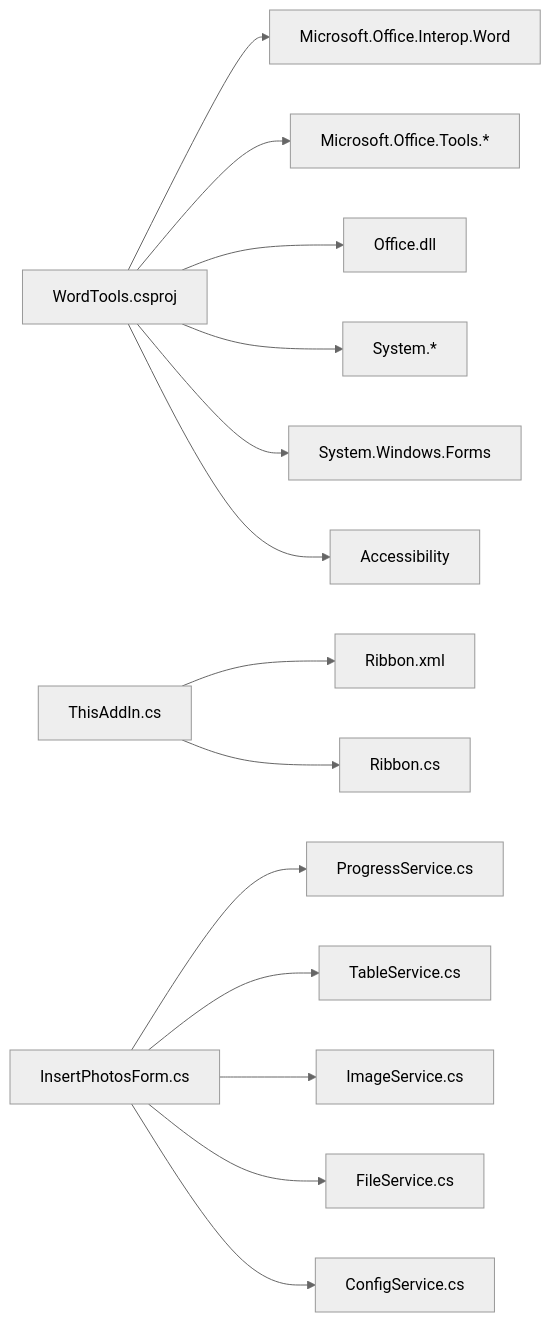
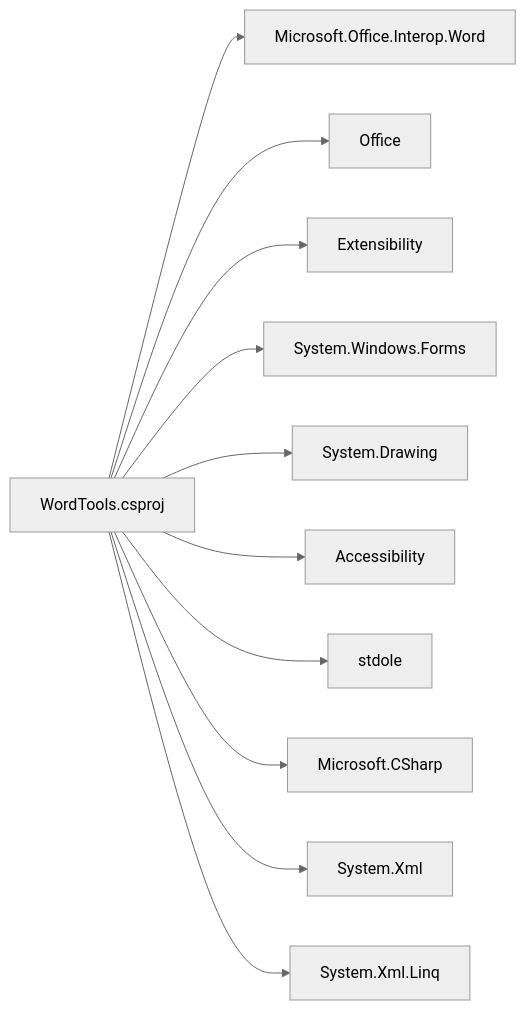
The fifth of 5 diagrams in .qoder/repowiki/zh/content/项目概述.md (rainiva/WordTools), drawn with Mermaid (neutral theme) before and after one commit. The commit also changed other lines of this file and 63 other files, not shown here.

First line of the commit message:
全面优化：代码质量修复、自动编号重构、插图性能优化

````diff
--- a/.qoder/repowiki/zh/content/项目概述.md
+++ b/.qoder/repowiki/zh/content/项目概述.md
@@ -302,16 +306,13 @@
 ```mermaid
 graph LR
-P["WordTools.csproj"] --> O["Microsoft.Office.Interop.Word"]
-P --> OT["Microsoft.Office.Tools.*"]
-P --> OF["Office.dll"]
-P --> SYS["System.*"]
-P --> WF["System.Windows.Forms"]
-P --> ACC["Accessibility"]
-A["ThisAddIn.cs"] --> RXML["Ribbon.xml"]
-A --> RCB["Ribbon.cs"]
-F["InsertPhotosForm.cs"] --> PS["ProgressService.cs"]
-F --> TS["TableService.cs"]
-F --> IS["ImageService.cs"]
-F --> FS["FileService.cs"]
-F --> CS["ConfigService.cs"]
+Proj["WordTools.csproj"] --> Ref1["Microsoft.Office.Interop.Word"]
+Proj --> Ref2["Office"]
+Proj --> Ref3["Extensibility"]
+Proj --> Ref4["System.Windows.Forms"]
+Proj --> Ref5["System.Drawing"]
+Proj --> Ref6["Accessibility"]
+Proj --> Ref7["stdole"]
+Proj --> Ref8["Microsoft.CSharp"]
+Proj --> Ref9["System.Xml"]
+Proj --> Ref10["System.Xml.Linq"]
 ```
````
